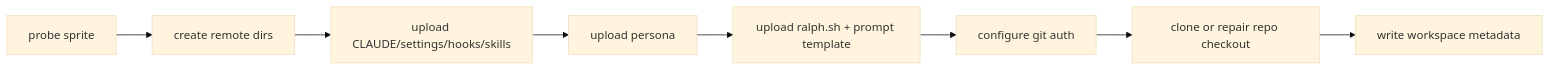
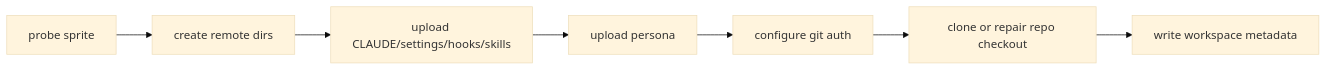
Before and after one commit to misty-step/bitterblossom: the third of 5 diagrams in docs/architecture/bb-cli.md, drawn with Mermaid (base theme). The commit also changed other lines of this file and 38 other files, not shown here.

````diff
--- a/docs/architecture/bb-cli.md
+++ b/docs/architecture/bb-cli.md
@@ -41,10 +40,9 @@
 ```mermaid
 flowchart LR
     Probe["probe sprite"] --> Dirs["create remote dirs"]
     Dirs --> Base["upload CLAUDE/settings/hooks/skills"]
     Base --> Persona["upload persona"]
-    Persona --> Ralph["upload ralph.sh + prompt template"]
-    Ralph --> Git["configure git auth"]
+    Persona --> Git["configure git auth"]
     Git --> Repo["clone or repair repo checkout"]
     Repo --> Meta["write workspace metadata"]
 ```
````
